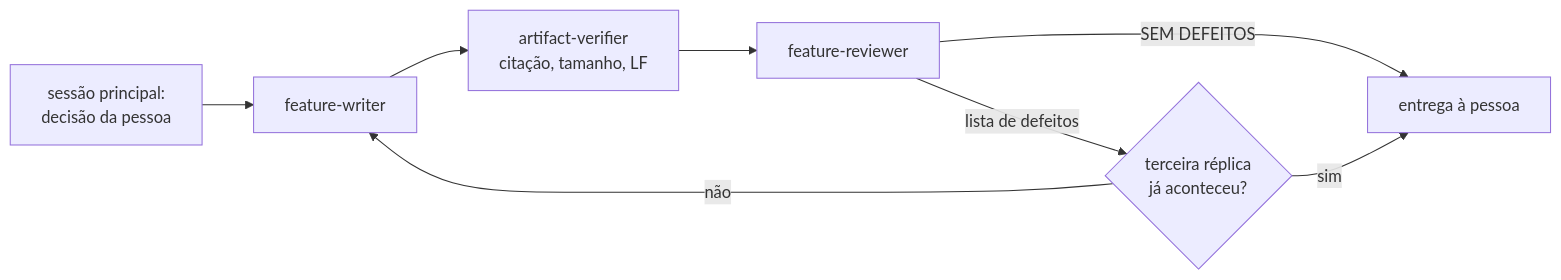
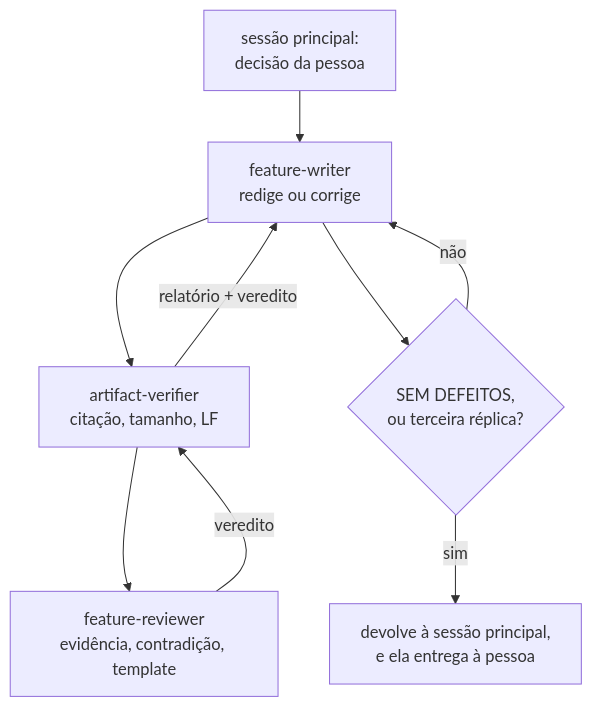
One commit to da0hn/distributed-systems-experiment-lab changed the diagram in .claude/skills/feature-planning/SKILL.md. Above: the diagram before and after it, drawn with Mermaid. The commit also changed other lines of this file and 3 other files, not shown here.

First line of the commit message:
docs(agentes): Encadeia escritor, verificador e revisor sem a sessão principal

````diff
--- a/.claude/skills/feature-planning/SKILL.md
+++ b/.claude/skills/feature-planning/SKILL.md
@@ -102,10 +110,11 @@
 ```mermaid
-flowchart LR
-    S["sessão principal:<br/>decisão da pessoa"] --> W["feature-writer"]
+flowchart TD
+    S["sessão principal:<br/>decisão da pessoa"] --> W["feature-writer<br/>redige ou corrige"]
     W --> V["artifact-verifier<br/>citação, tamanho, LF"]
-    V --> R["feature-reviewer"]
-    R -->|" SEM DEFEITOS "| P["entrega à pessoa"]
-    R -->|" lista de defeitos "| C{"terceira réplica<br/>já aconteceu?"}
-    C -->|" não "| W
-    C -->|" sim "| P
+    V --> R["feature-reviewer<br/>evidência, contradição, template"]
+    R -->|" veredito "| V
+    V -->|" relatório + veredito "| W
+    W --> D{"SEM DEFEITOS,<br/>ou terceira réplica?"}
+    D -->|" não "| W
+    D -->|" sim "| P["devolve à sessão principal,<br/>e ela entrega à pessoa"]
 ```
````
